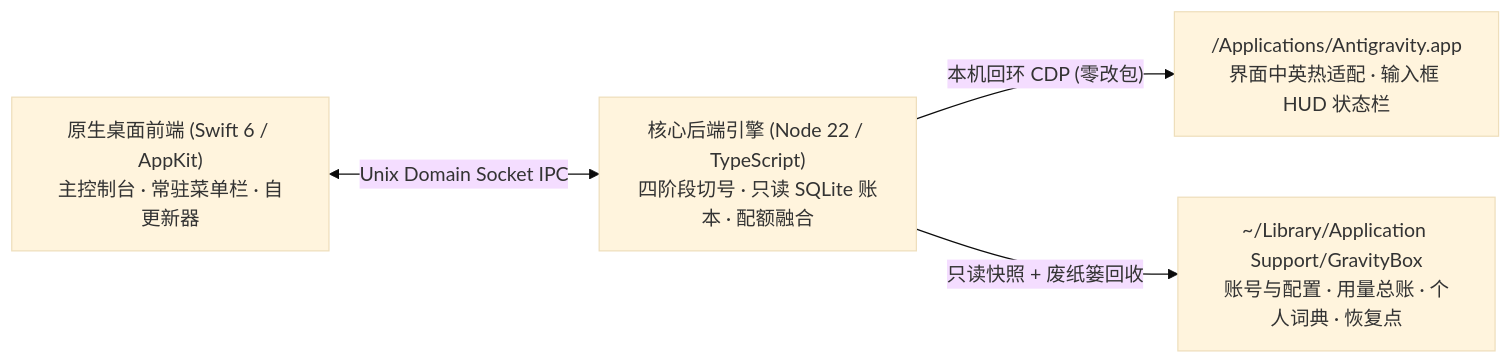
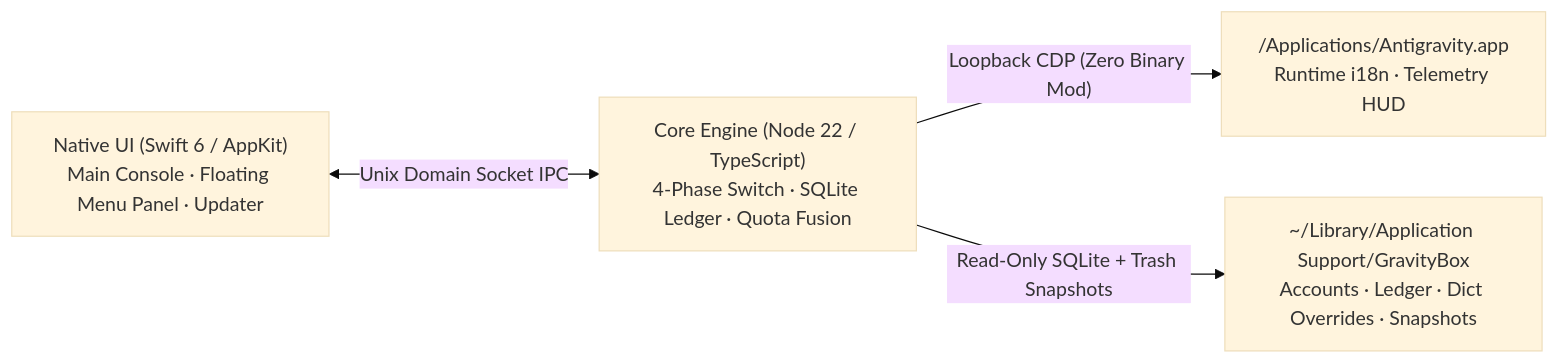
Before and after one commit to 1PengYuyan1/gravitybox: the diagram in README.md, drawn with Mermaid (base theme). The commit also changed other lines of this file and 70 other files, not shown here.

````diff
--- a/README.md
+++ b/README.md
@@ -419,6 +267,6 @@
 ```mermaid
 flowchart LR
-  UI["原生桌面前端 (Swift 6 / AppKit)<br/>主控制台 · 常驻菜单栏 · 自更新器"] <-->|"Unix Domain Socket IPC"| Core["核心后端引擎 (Node 22 / TypeScript)<br/>四阶段切号 · 只读 SQLite 账本 · 配额融合"]
-  Core -->|"本机回环 CDP (零改包)"| IDE["/Applications/Antigravity.app<br/>界面中英热适配 · 输入框 HUD 状态栏"]
-  Core -->|"只读快照 + 废纸篓回收"| Local["~/Library/Application Support/GravityBox<br/>账号与配置 · 用量总账 · 个人词典 · 恢复点"]
+  UI["Native UI (Swift 6 / AppKit)<br/>Main Console · Floating Menu Panel · Updater"] <-->|"Unix Domain Socket IPC"| Core["Core Engine (Node 22 / TypeScript)<br/>4-Phase Switch · SQLite Ledger · Quota Fusion"]
+  Core -->|"Loopback CDP (Zero Binary Mod)"| IDE["/Applications/Antigravity.app<br/>Runtime i18n · Telemetry HUD"]
+  Core -->|"Read-Only SQLite + Trash Snapshots"| Local["~/Library/Application Support/GravityBox<br/>Accounts · Ledger · Dict Overrides · Snapshots"]
 ```
````
